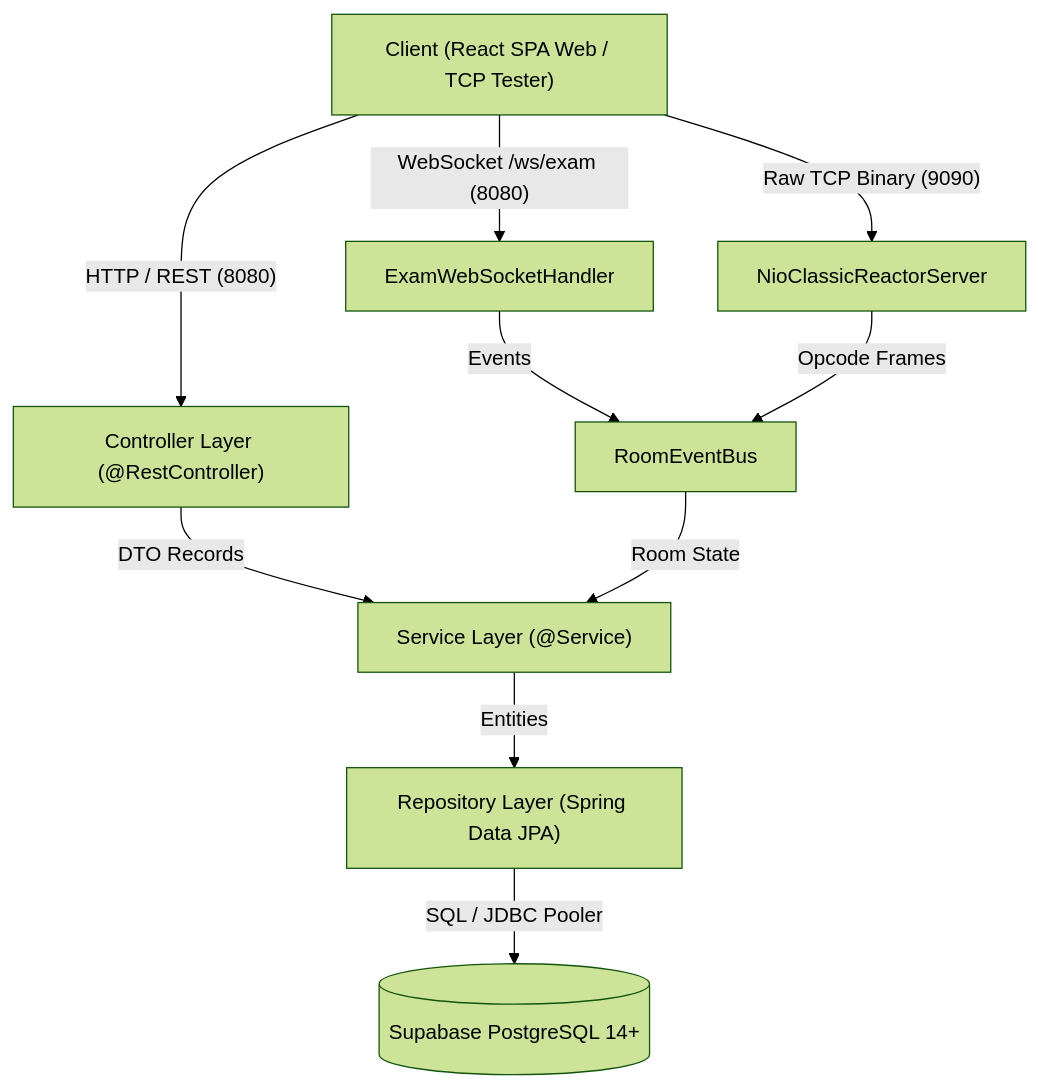
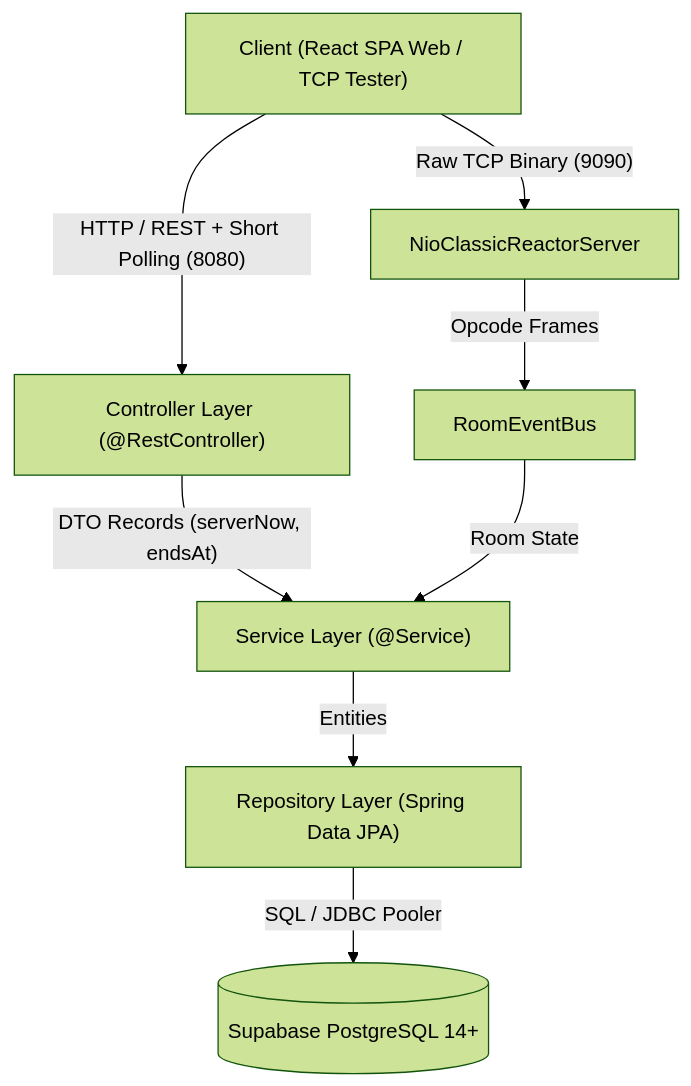
One commit to lethanhan01/mooc-clone changed the diagram in server/README.md. Above: the diagram before and after it, drawn with Mermaid (forest theme). The commit also changed other lines of this file and 41 other files, not shown here.

````diff
--- a/server/README.md
+++ b/server/README.md
@@ -192,15 +192,13 @@
 ```mermaid
 graph TD
     Client["Client (React SPA Web / TCP Tester)"]
-    Client -->|"HTTP / REST (8080)"| Controller["Controller Layer (@RestController)"]
-    Client -->|"WebSocket /ws/exam (8080)"| WsGateway["ExamWebSocketHandler"]
+    Client -->|"HTTP / REST + Short Polling (8080)"| Controller["Controller Layer (@RestController)"]
     Client -->|"Raw TCP Binary (9090)"| Reactor["NioClassicReactorServer"]
 
-    Controller -->|"DTO Records"| Service["Service Layer (@Service)"]
-    WsGateway -->|"Events"| EventBus["RoomEventBus"]
-    Reactor -->|"Opcode Frames"| EventBus
+    Controller -->|"DTO Records (serverNow, endsAt)"| Service["Service Layer (@Service)"]
+    Reactor -->|"Opcode Frames"| EventBus["RoomEventBus"]
     EventBus -->|"Room State"| Service
 
     Service -->|"Entities"| Repository["Repository Layer (Spring Data JPA)"]
     Repository -->|"SQL / JDBC Pooler"| Database[("Supabase PostgreSQL 14+")]
 ```
````
